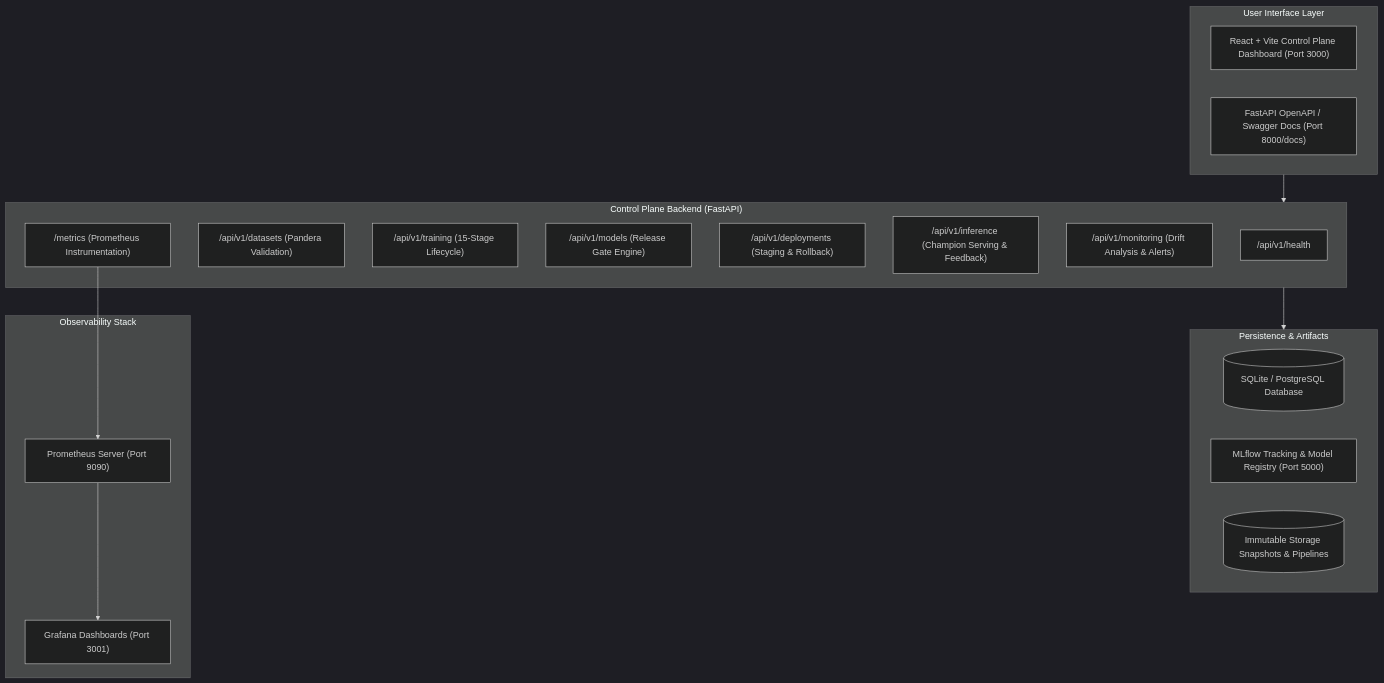
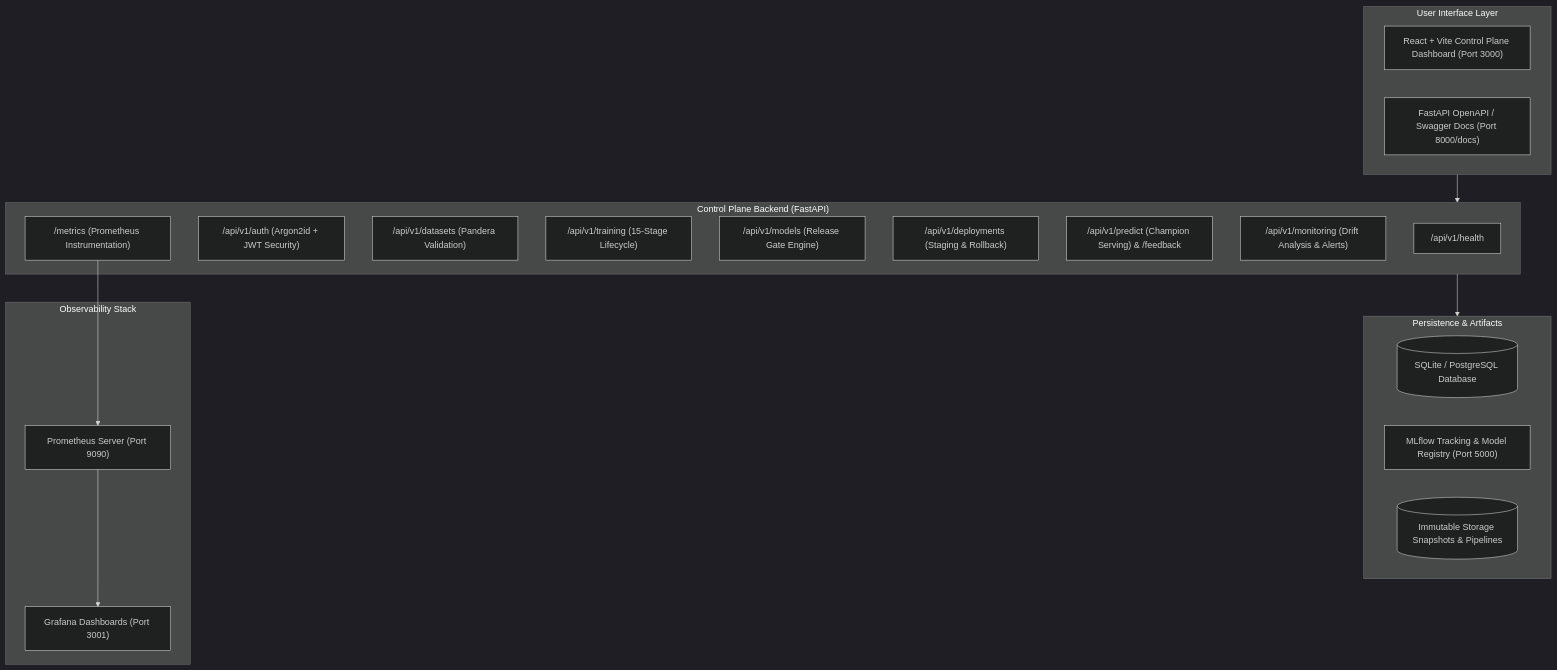
The diagram in README.md (Abhilash2240/modelguard), drawn with Mermaid (dark theme) before and after one commit. The commit also changed other lines of this file and 38 other files, not shown here.

````diff
--- a/README.md
+++ b/README.md
@@ -16,34 +16,35 @@
 ```mermaid
 flowchart TD
     subgraph UI ["User Interface Layer"]
         Dashboard["React + Vite Control Plane Dashboard (Port 3000)"]
         Swagger["FastAPI OpenAPI / Swagger Docs (Port 8000/docs)"]
     end
 
     subgraph API ["Control Plane Backend (FastAPI)"]
         HealthEndpoint["/api/v1/health"]
+        AuthRouter["/api/v1/auth (Argon2id + JWT Security)"]
         DatasetRouter["/api/v1/datasets (Pandera Validation)"]
         TrainingRouter["/api/v1/training (15-Stage Lifecycle)"]
         ModelRouter["/api/v1/models (Release Gate Engine)"]
         DeploymentRouter["/api/v1/deployments (Staging & Rollback)"]
-        InferenceRouter["/api/v1/inference (Champion Serving & Feedback)"]
+        InferenceRouter["/api/v1/predict (Champion Serving) & /feedback"]
         MonitoringRouter["/api/v1/monitoring (Drift Analysis & Alerts)"]
         MetricsRouter["/metrics (Prometheus Instrumentation)"]
     end
 
     subgraph Storage ["Persistence & Artifacts"]
         SQLiteDB[("SQLite / PostgreSQL Database")]
         MLflowServer["MLflow Tracking & Model Registry (Port 5000)"]
         LocalArtifacts[("Immutable Storage Snapshots & Pipelines")]
     end
 
     subgraph Observability ["Observability Stack"]
         Prometheus["Prometheus Server (Port 9090)"]
         Grafana["Grafana Dashboards (Port 3001)"]
     end
 
     UI --> API
     API --> Storage
     MetricsRouter --> Prometheus
     Prometheus --> Grafana
 ```
````
